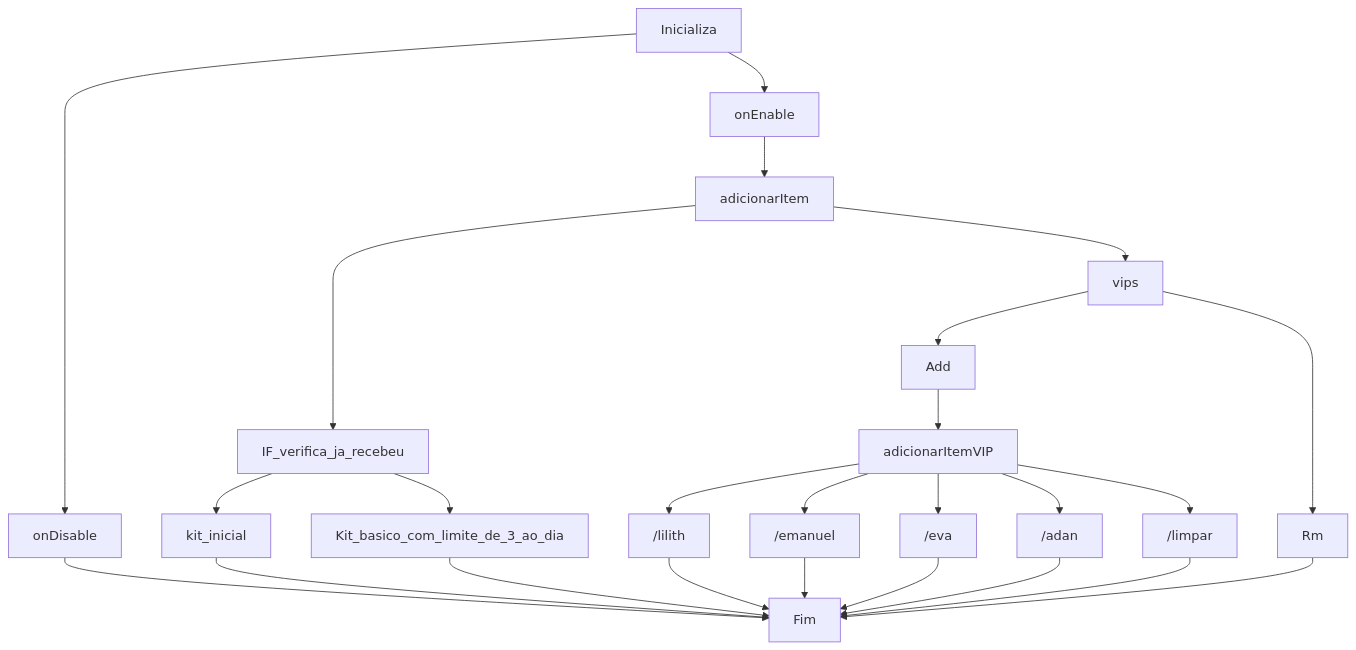
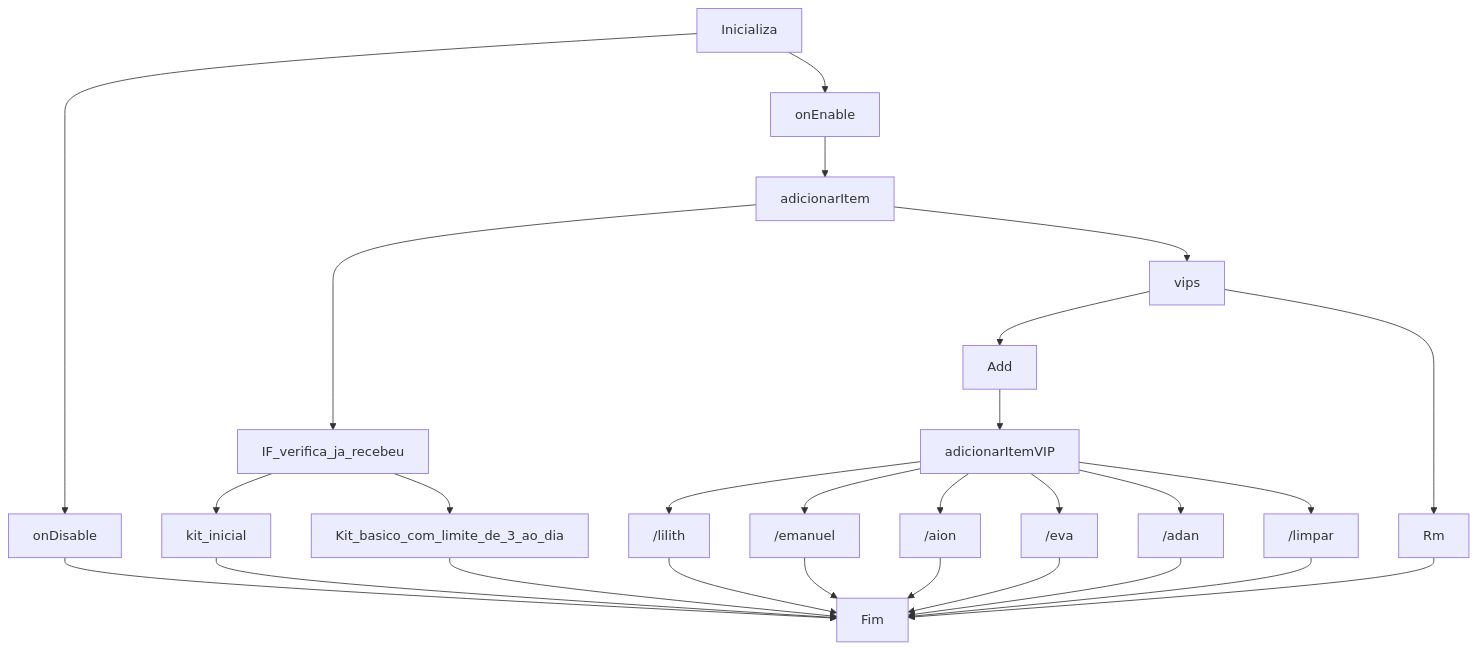
One commit to astral123457/bk changed the diagram in README.md. Above: the diagram before and after it, drawn with Mermaid. The commit also changed other lines of this file, not shown here.

````diff
--- a/README.md
+++ b/README.md
@@ -70,27 +71,29 @@
 ```mermaid
 graph TD;
     Inicializa-->onEnable;
     Inicializa-->onDisable;
     onEnable-->adicionarItem;
     onDisable-->Fim;
     adicionarItem-->vips;
     adicionarItem-->IF_verifica_ja_recebeu;
     vips-->Add;
     vips-->Rm;
     IF_verifica_ja_recebeu-->kit_inicial;
     IF_verifica_ja_recebeu-->Kit_basico_com_limite_de_3_ao_dia;
     kit_inicial-->Fim;
     Kit_basico_com_limite_de_3_ao_dia-->Fim;
     Add-->adicionarItemVIP;
     adicionarItemVIP-->/lilith;
     /lilith-->Fim;
     adicionarItemVIP-->/emanuel;
     /emanuel-->Fim;
+    adicionarItemVIP-->/aion;
+    /aion-->Fim;
     adicionarItemVIP-->/eva;
     /eva-->Fim;
     adicionarItemVIP-->/adan;
     /adan-->Fim;
     adicionarItemVIP-->/limpar;
     /limpar-->Fim;
     Rm-->Fim;
 ```
````
